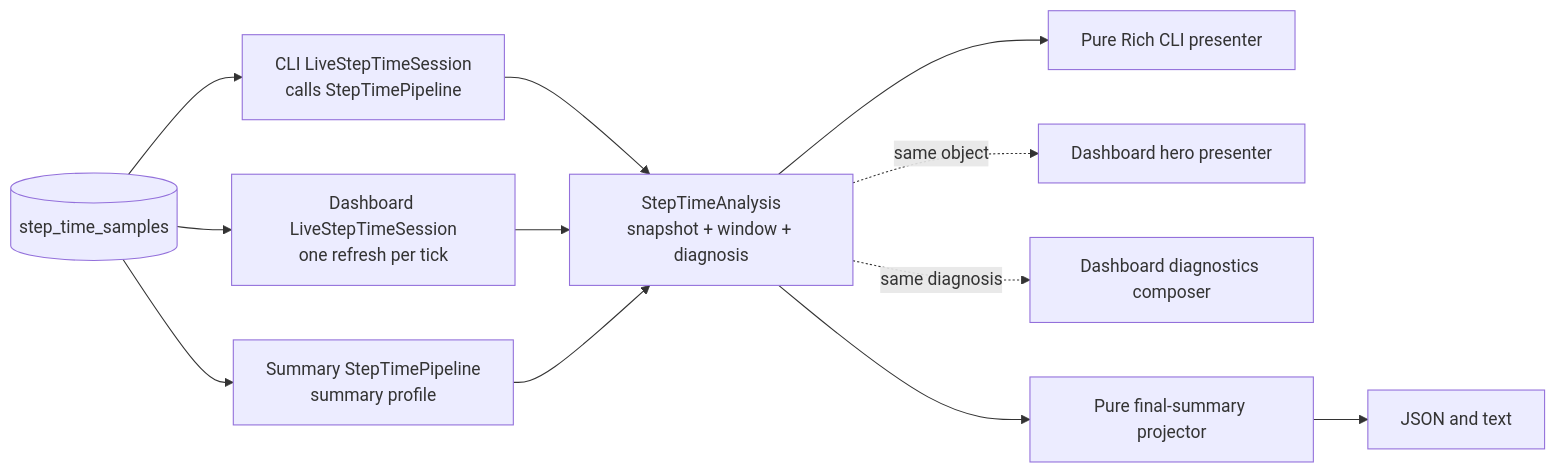
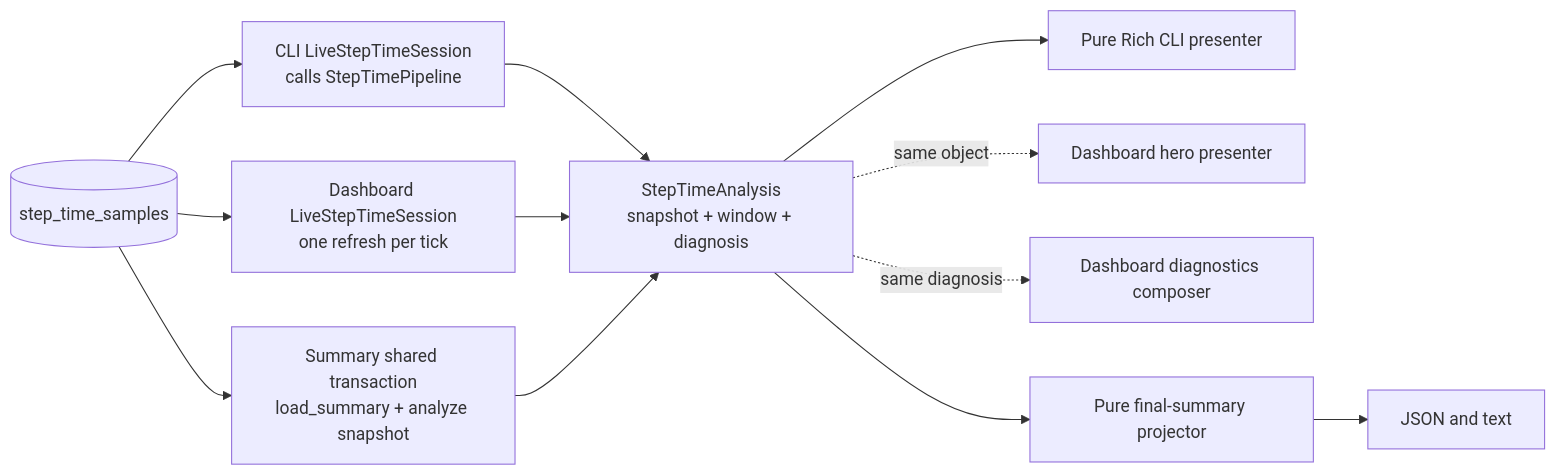
Before and after one commit to traceopt-ai/traceml: the diagram in docs/developer_guide/step-time-pipeline-contract.md, drawn with Mermaid. The commit also changed other lines of this file and 3 other files, not shown here.

````diff
--- a/docs/developer_guide/step-time-pipeline-contract.md
+++ b/docs/developer_guide/step-time-pipeline-contract.md
@@ -93,19 +93,19 @@
 ```mermaid
 flowchart LR
     DB[(step_time_samples)]
     CLS["CLI LiveStepTimeSession<br/>calls StepTimePipeline"]
     DLS["Dashboard LiveStepTimeSession<br/>one refresh per tick"]
-    SPS["Summary StepTimePipeline<br/>summary profile"]
+    SPS["Summary shared transaction<br/>load_summary + analyze snapshot"]
     RESULT["StepTimeAnalysis<br/>snapshot + window + diagnosis"]
     CLI["Pure Rich CLI presenter"]
     HERO["Dashboard hero presenter"]
     RAIL["Dashboard diagnostics composer"]
     SUM["Pure final-summary projector"]
     OUT["JSON and text"]
 
     DB --> CLS --> RESULT --> CLI
     DB --> DLS --> RESULT
     RESULT -. "same object" .-> HERO
     RESULT -. "same diagnosis" .-> RAIL
     DB --> SPS --> RESULT --> SUM --> OUT
 ```
````
